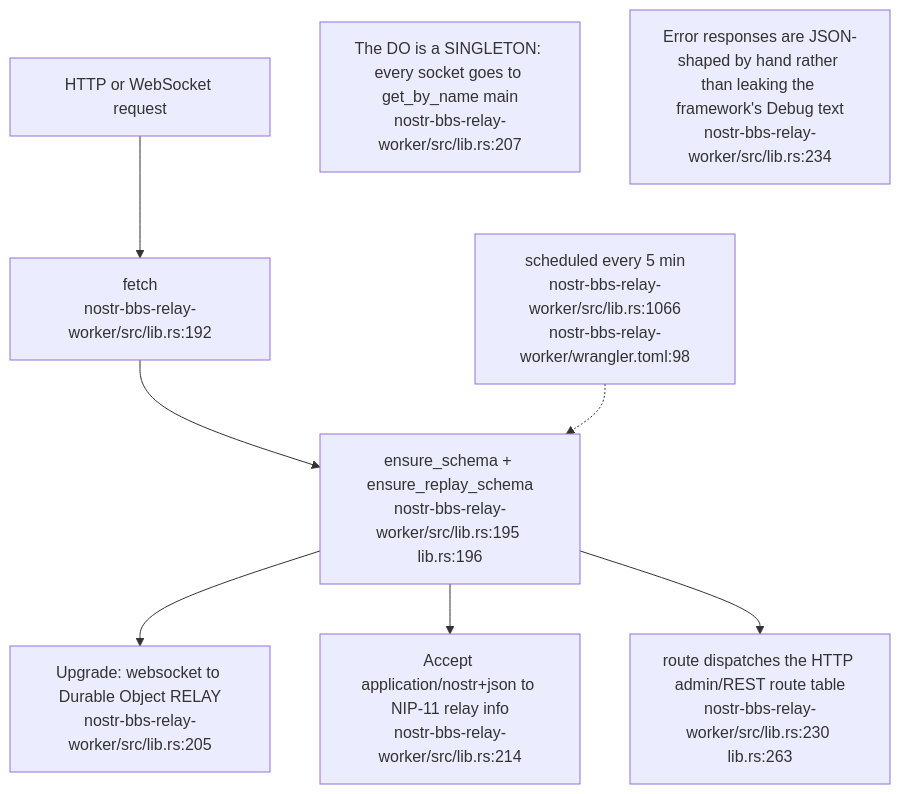
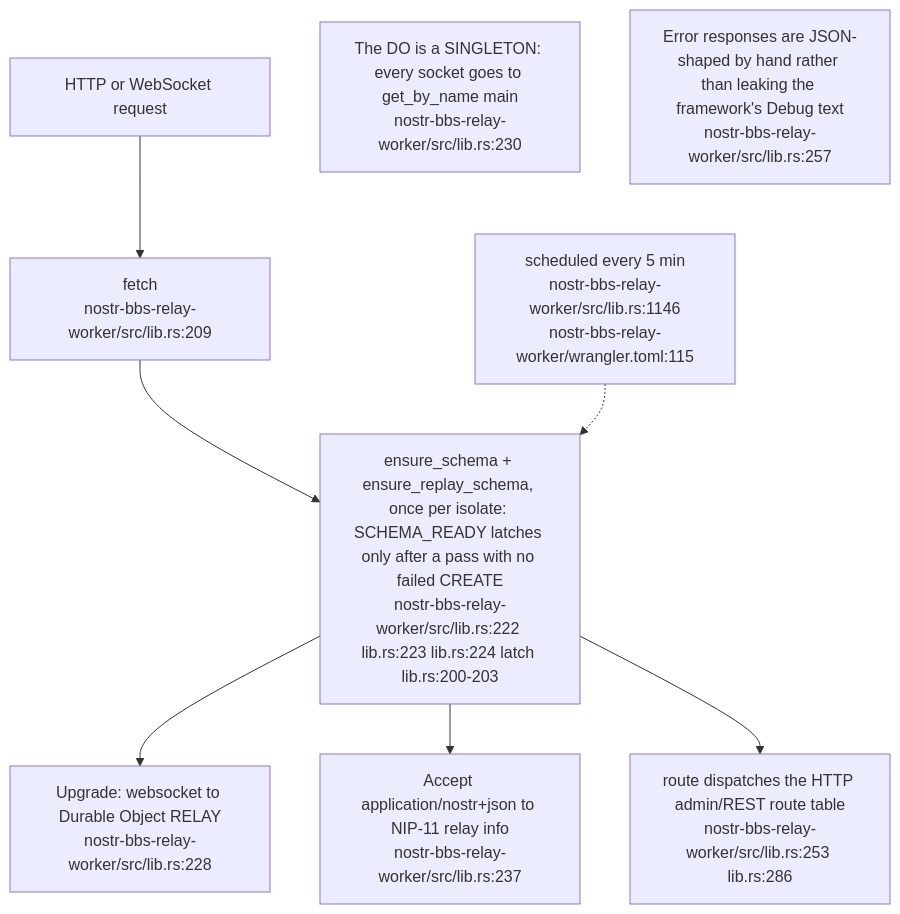
Before and after one commit to DreamLab-AI/VisionFlow: the first of 14 diagrams in docs/diagrams/nostr-rust-forum/03-relay-worker-admission-auth-and-trust.md, drawn with Mermaid. The commit also changed other lines of this file and 160 other files, not shown here.

````diff
--- a/docs/diagrams/nostr-rust-forum/03-relay-worker-admission-auth-and-trust.md
+++ b/docs/diagrams/nostr-rust-forum/03-relay-worker-admission-auth-and-trust.md
@@ -26,19 +30,19 @@
 ```mermaid
 flowchart TB
     REQ["HTTP or WebSocket request"]
-    F["fetch<br/>nostr-bbs-relay-worker/src/lib.rs:192"]
-    BOOT["ensure_schema + ensure_replay_schema<br/>nostr-bbs-relay-worker/src/lib.rs:195 lib.rs:196"]
-    WS["Upgrade: websocket to Durable Object RELAY<br/>nostr-bbs-relay-worker/src/lib.rs:205"]
-    N11["Accept application/nostr+json to NIP-11 relay info<br/>nostr-bbs-relay-worker/src/lib.rs:214"]
-    RT["route dispatches the HTTP admin/REST route table<br/>nostr-bbs-relay-worker/src/lib.rs:230 lib.rs:263"]
-    CRON["scheduled every 5 min<br/>nostr-bbs-relay-worker/src/lib.rs:1066<br/>nostr-bbs-relay-worker/wrangler.toml:98"]
+    F["fetch<br/>nostr-bbs-relay-worker/src/lib.rs:209"]
+    BOOT["ensure_schema + ensure_replay_schema, once per isolate: SCHEMA_READY latches only after a pass with no failed CREATE<br/>nostr-bbs-relay-worker/src/lib.rs:222 lib.rs:223 lib.rs:224 latch lib.rs:200-203"]
+    WS["Upgrade: websocket to Durable Object RELAY<br/>nostr-bbs-relay-worker/src/lib.rs:228"]
+    N11["Accept application/nostr+json to NIP-11 relay info<br/>nostr-bbs-relay-worker/src/lib.rs:237"]
+    RT["route dispatches the HTTP admin/REST route table<br/>nostr-bbs-relay-worker/src/lib.rs:253 lib.rs:286"]
+    CRON["scheduled every 5 min<br/>nostr-bbs-relay-worker/src/lib.rs:1146<br/>nostr-bbs-relay-worker/wrangler.toml:115"]
 
     REQ --> F --> BOOT
     BOOT --> WS
     BOOT --> N11
     BOOT --> RT
     CRON -.-> BOOT
 
-    N1["The DO is a SINGLETON: every socket goes to get_by_name main<br/>nostr-bbs-relay-worker/src/lib.rs:207"]
-    N2["Error responses are JSON-shaped by hand rather than leaking the framework's Debug text<br/>nostr-bbs-relay-worker/src/lib.rs:234"]
+    N1["The DO is a SINGLETON: every socket goes to get_by_name main<br/>nostr-bbs-relay-worker/src/lib.rs:230"]
+    N2["Error responses are JSON-shaped by hand rather than leaking the framework's Debug text<br/>nostr-bbs-relay-worker/src/lib.rs:257"]
 ```
````
